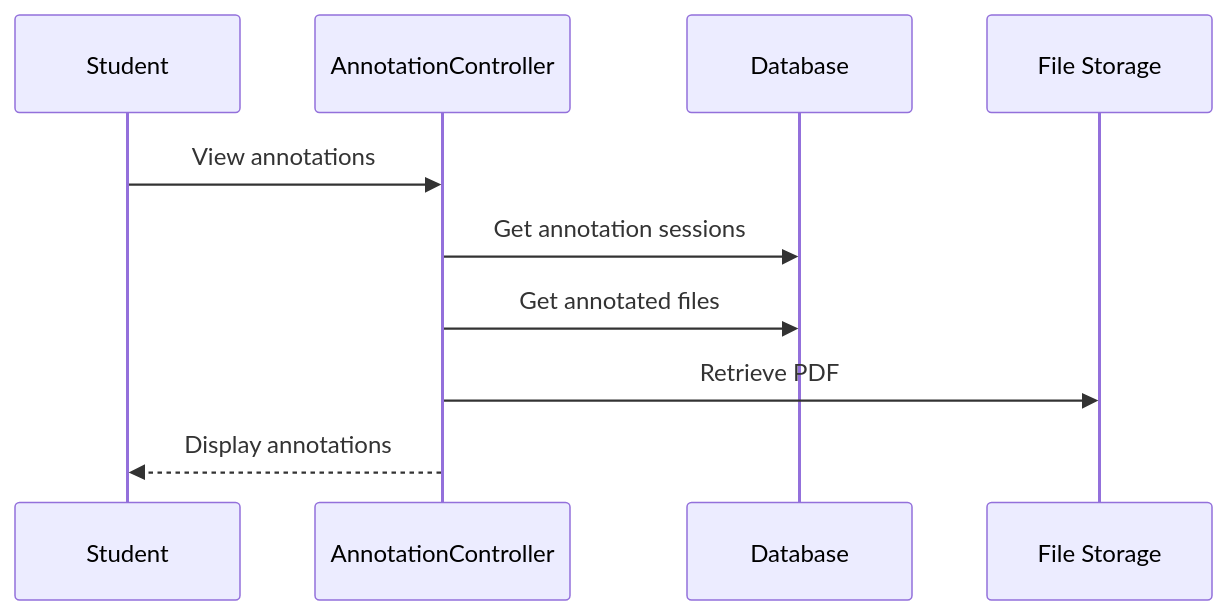
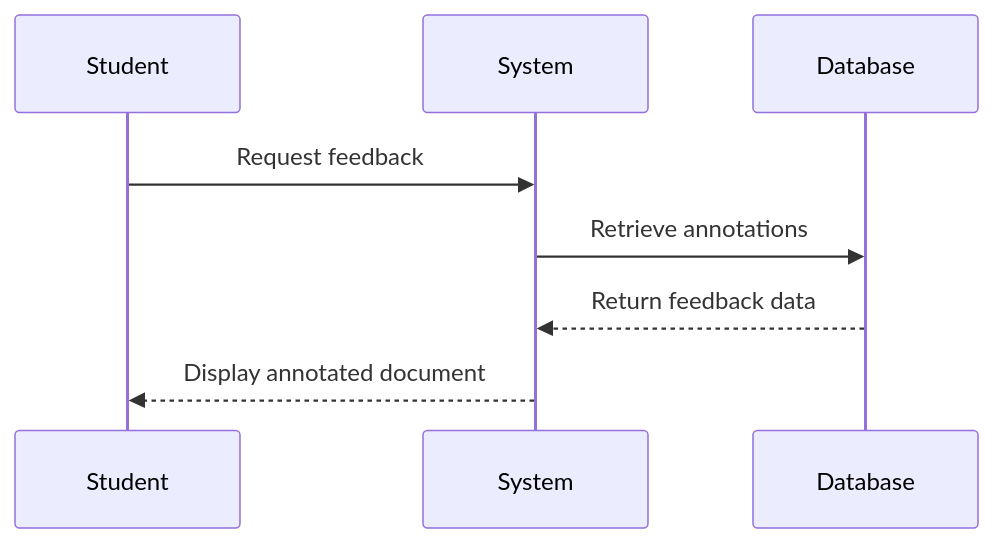
One commit to abdullah2323442/thesisrepo-backup changed the fourth of 16 diagrams in sequence.md. Above: the diagram before and after it, drawn with Mermaid. The commit also changed other lines of this file, not shown here.

Commit message:
refactor(sequence-diagrams): Revise sequence diagrams for improved clarity and organization of system workflows

````diff
--- a/sequence.md
+++ b/sequence.md
@@ -122,13 +78,11 @@
 ```mermaid
 sequenceDiagram
-    participant S as Student
-    participant AC as AnnotationController
-    participant DB as Database
-    participant FS as File Storage
+    participant Student
+    participant System
+    participant Database
 
-    S->>AC: View annotations
-    AC->>DB: Get annotation sessions
-    AC->>DB: Get annotated files
-    AC->>FS: Retrieve PDF
-    AC-->>S: Display annotations
+    Student->>System: Request feedback
+    System->>Database: Retrieve annotations
+    Database-->>System: Return feedback data
+    System-->>Student: Display annotated document
 ```
````
